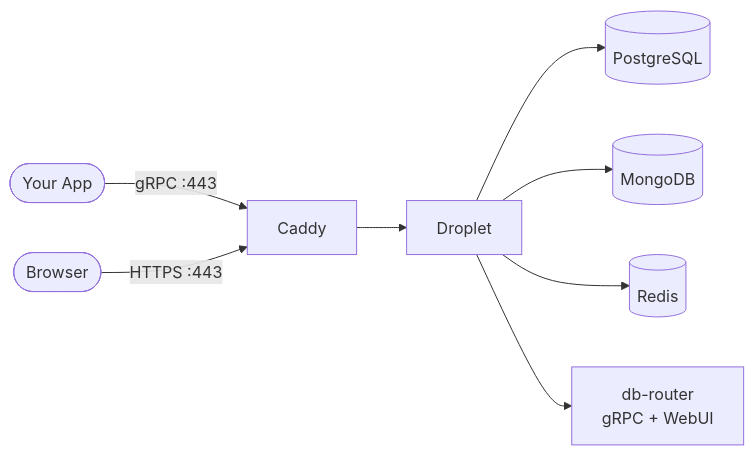
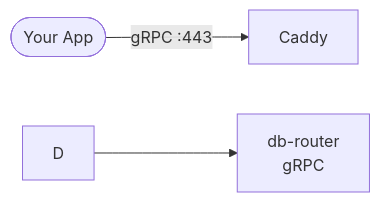
The diagram in terraform/README.md (Xeze-org/Database-Router), drawn with Mermaid before and after one commit. The commit also changed other lines of this file and 18 other files, not shown here.

````diff
--- a/terraform/README.md
+++ b/terraform/README.md
@@ -7,10 +7,5 @@
 ```mermaid
 flowchart LR
     A([Your App]) -->|gRPC :443| C[Caddy]
-    B([Browser]) -->|HTTPS :443| C
-    C --> D[Droplet]
-    D --> P[(PostgreSQL)]
-    D --> M[(MongoDB)]
-    D --> R[(Redis)]
-    D --> G[db-router\ngRPC + WebUI]
+    D --> G[db-router\ngRPC]
 ```
````
